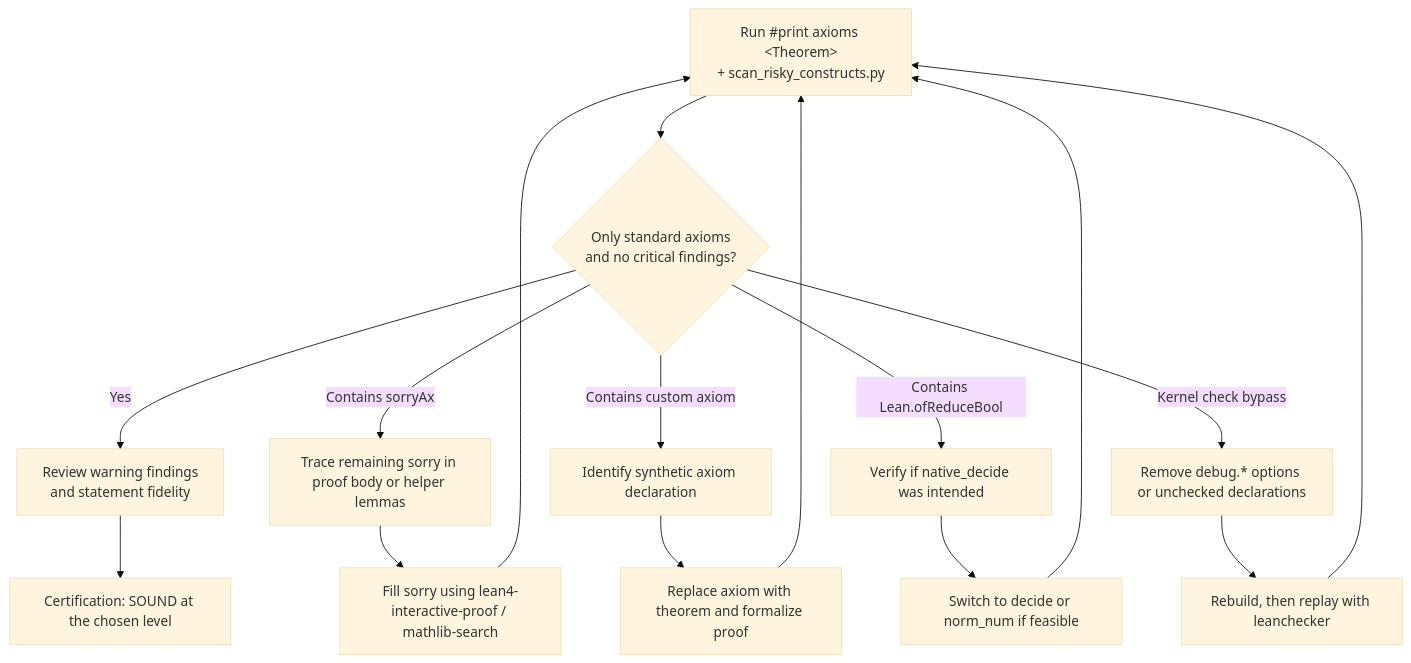
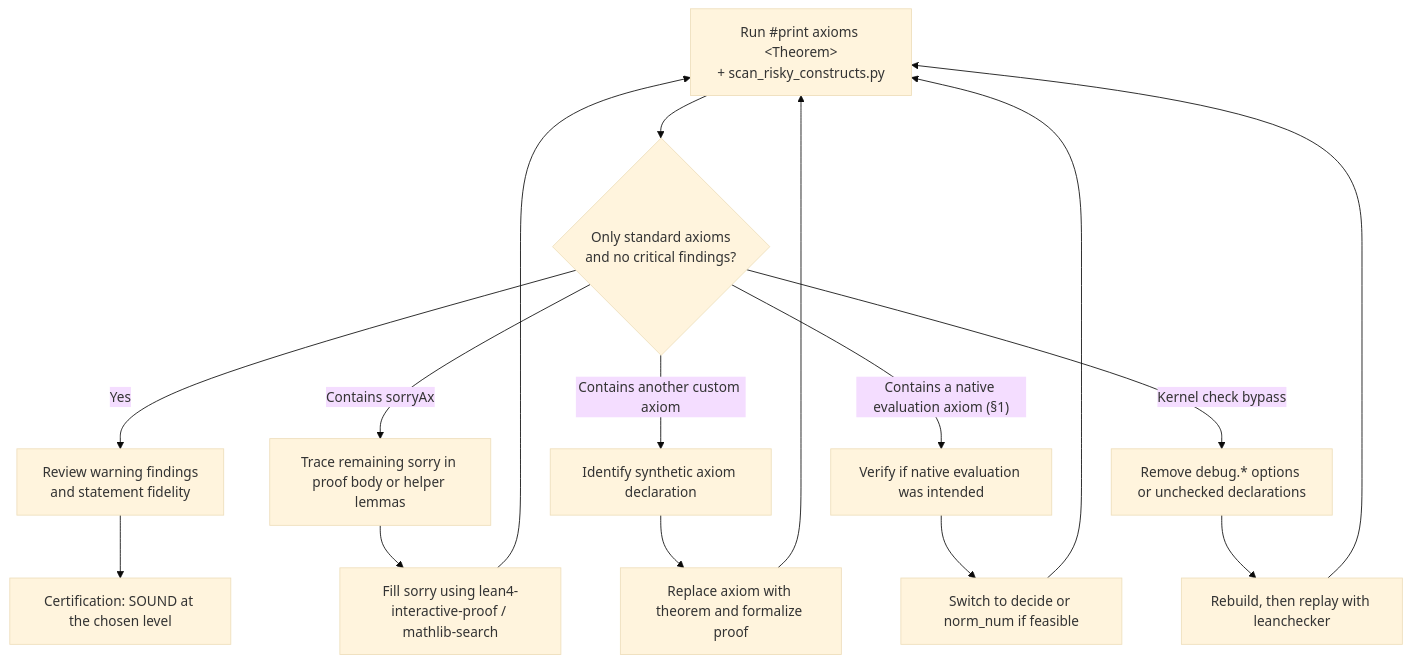
Before and after one commit to MI-1222/lean4-skills: the diagram in skills/lean4-cli/references/soundness_and_axiom_audit.md, drawn with Mermaid (base theme). The commit also changed other lines of this file and 2 other files, not shown here.

Commit message:
fix(cli): `native_decide`が追加する公理の説明をLeanのバージョン別に訂正

````diff
--- a/skills/lean4-cli/references/soundness_and_axiom_audit.md
+++ b/skills/lean4-cli/references/soundness_and_axiom_audit.md
@@ -589,20 +605,20 @@
 ```mermaid
 graph TD
     Audit["Run #print axioms &lt;Theorem&gt;<br/>+ scan_risky_constructs.py"] --> Check{"Only standard axioms<br/>and no critical findings?"}
     Check -- "Yes" --> Review["Review warning findings<br/>and statement fidelity"]
     Review --> Sound["Certification: SOUND at the chosen level"]
     Check -- "Contains sorryAx" --> Sorry["Trace remaining sorry in proof body or helper lemmas"]
-    Check -- "Contains custom axiom" --> Custom["Identify synthetic axiom declaration"]
-    Check -- "Contains Lean.ofReduceBool" --> Native["Verify if native_decide was intended"]
+    Check -- "Contains another custom axiom" --> Custom["Identify synthetic axiom declaration"]
+    Check -- "Contains a native evaluation axiom (§1)" --> Native["Verify if native evaluation was intended"]
     Check -- "Kernel check bypass" --> Bypass["Remove debug.* options or unchecked declarations"]
 
     Sorry --> Repair["Fill sorry using lean4-interactive-proof / mathlib-search"]
     Custom --> Inline["Replace axiom with theorem and formalize proof"]
     Native --> Kernel["Switch to decide or norm_num if feasible"]
     Bypass --> Replay["Rebuild, then replay with leanchecker"]
 
     Repair --> Audit
     Inline --> Audit
     Kernel --> Audit
     Replay --> Audit
 ```
````
